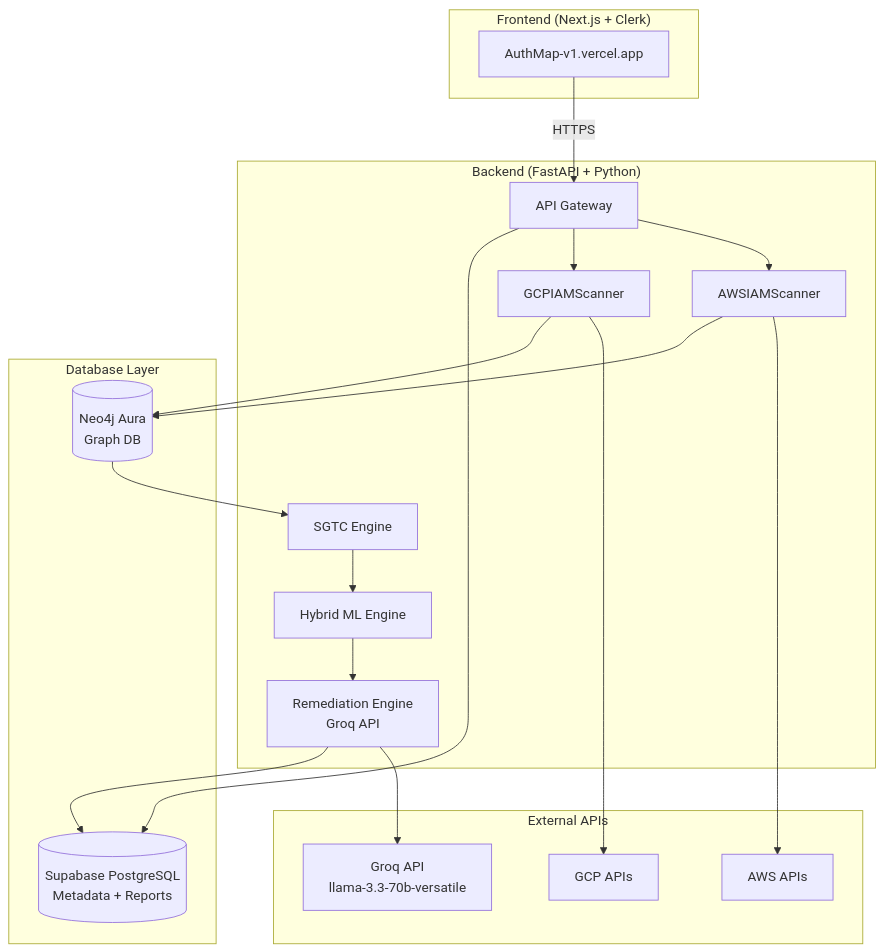
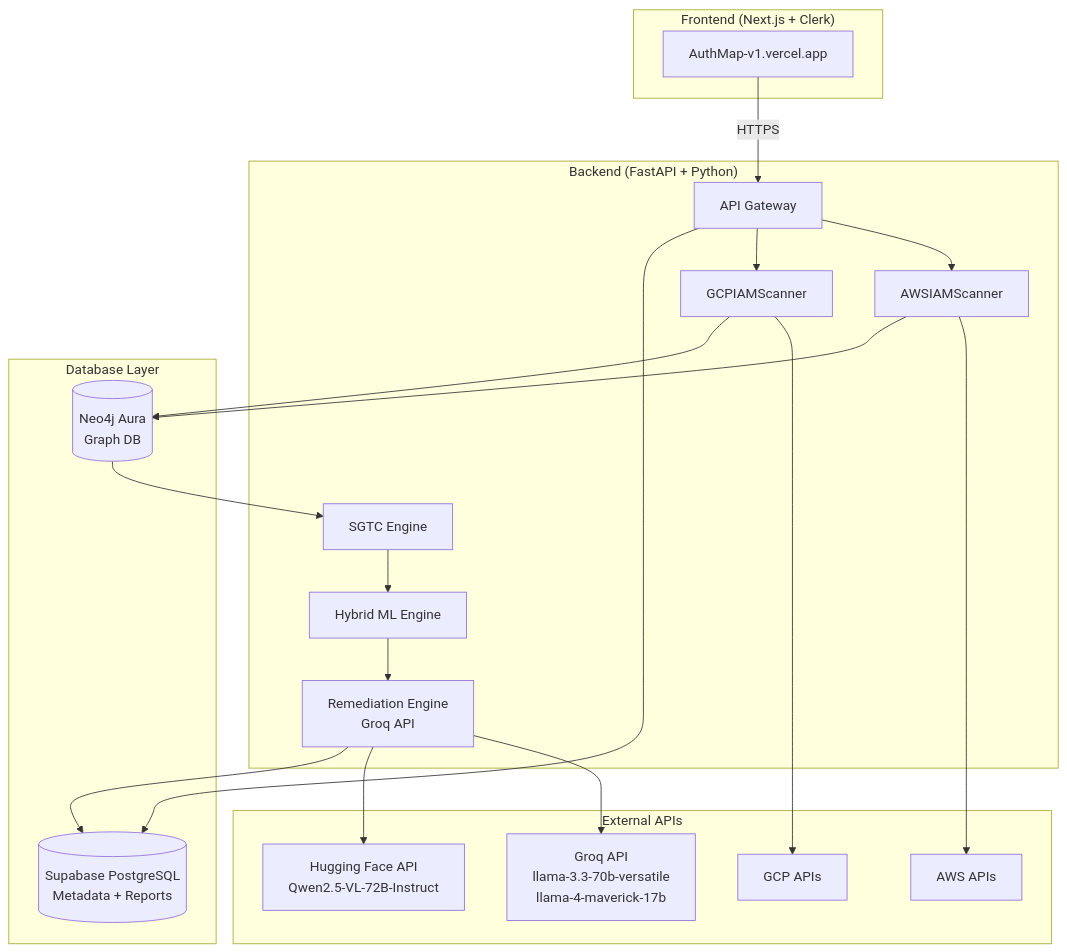
One commit to devjoshi2005/AuthMap changed the eighth of 8 diagrams in technicalreport.md. Above: the diagram before and after it, drawn with Mermaid. The commit also changed other lines of this file and 17 other files, not shown here.

````diff
--- a/technicalreport.md
+++ b/technicalreport.md
@@ -683,40 +712,42 @@
 ```mermaid
 flowchart TB
     subgraph Frontend["Frontend (Next.js + Clerk)"]
         A[AuthMap-v1.vercel.app]
     end
     
     subgraph Backend["Backend (FastAPI + Python)"]
         B[API Gateway]
         C[AWSIAMScanner]
         D[GCPIAMScanner]
         E[SGTC Engine]
         F[Hybrid ML Engine]
         G[Remediation Engine<br/>Groq API]
     end
     
     subgraph Database["Database Layer"]
         H[(Neo4j Aura<br/>Graph DB)]
         I[(Supabase PostgreSQL<br/>Metadata + Reports)]
     end
     
     subgraph External["External APIs"]
         J[AWS APIs]
         K[GCP APIs]
-        L[Groq API<br/>llama-3.3-70b-versatile]
+        L[Groq API<br/>llama-3.3-70b-versatile<br/>llama-4-maverick-17b]
+        M[Hugging Face API<br/>Qwen2.5-VL-72B-Instruct]
     end
     
     A -->|HTTPS| B
     B --> C
     B --> D
     C --> J
     D --> K
     C --> H
     D --> H
     H --> E
     E --> F
     F --> G
     G --> L
+    G --> M
     B --> I
     G --> I
 ```
````
